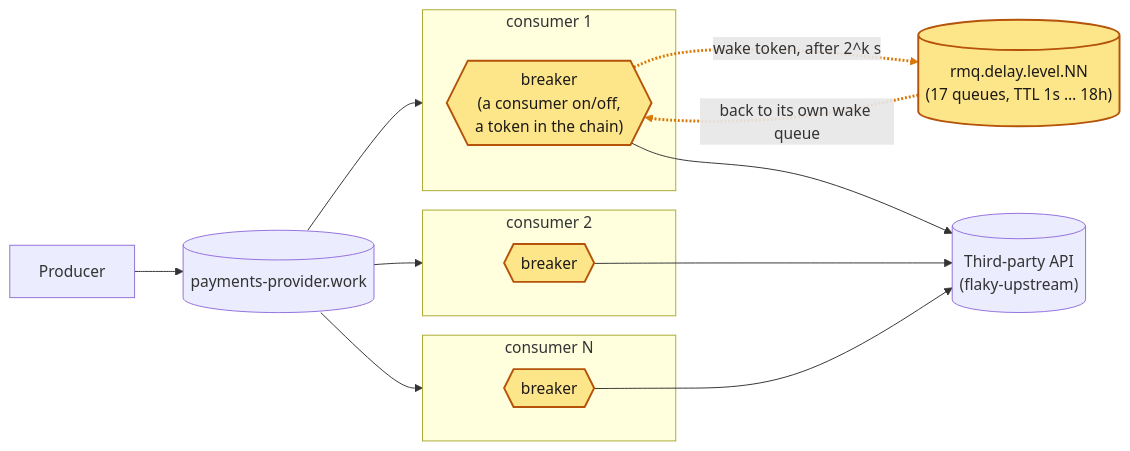
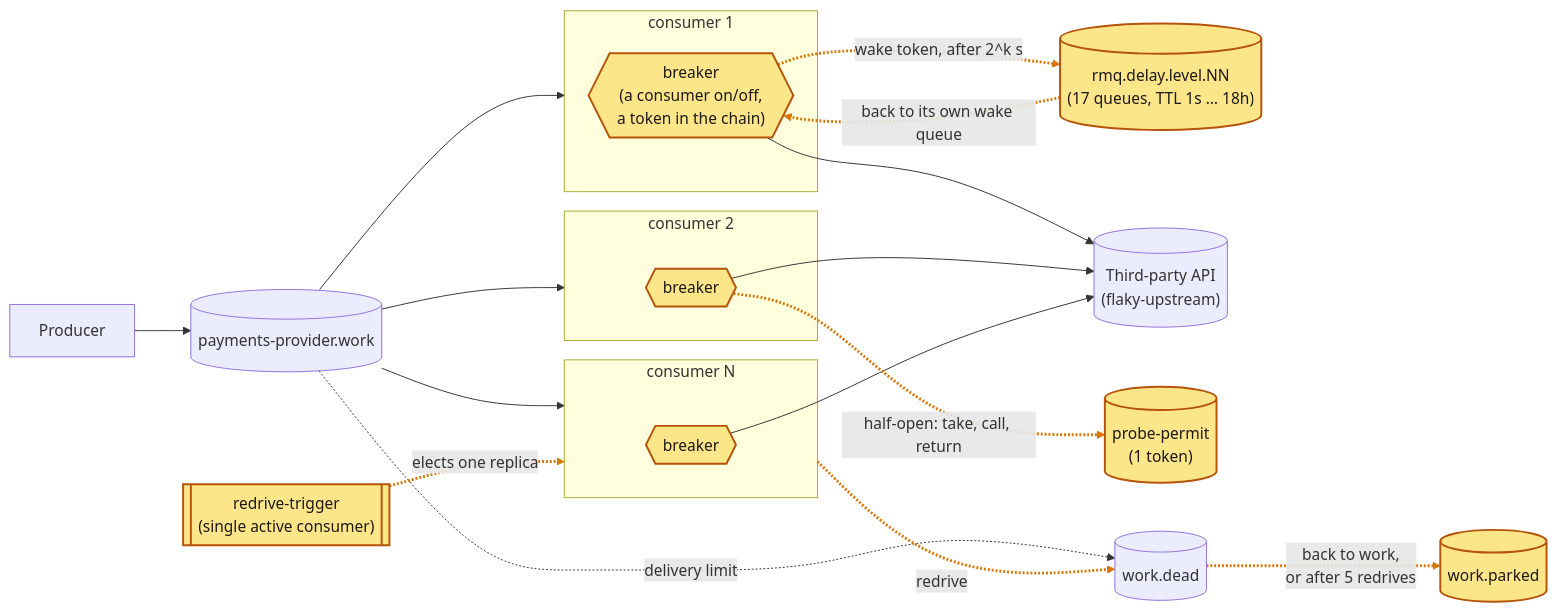
The diagram in README.md (lsfera/circuit-breaker-unboxing), drawn with Mermaid before and after one commit. The commit also changed other lines of this file and 15 other files, not shown here.

````diff
--- a/README.md
+++ b/README.md
@@ -11,24 +16,33 @@
 ```mermaid
 flowchart LR
   producer["Producer"] --> queue[("payments-provider.work")]
   subgraph c1["consumer 1"]
     b1{{"breaker\n(a consumer on/off,\na token in the chain)"}}
   end
   subgraph c2["consumer 2"]
     b2{{"breaker"}}
   end
   subgraph c3["consumer N"]
     b3{{"breaker"}}
   end
   queue --> c1
   queue --> c2
   queue --> c3
   b1 -. "wake token, after 2^k s" .-> chain[("rmq.delay.level.NN\n(17 queues, TTL 1s … 18h)")]
   chain -. "back to its own wake queue" .-> b1
   b1 --> api[("Third-party API\n(flaky-upstream)")]
   b2 --> api
   b3 --> api
+  permit[("probe-permit\n(1 token)")]
+  dead[("work.dead")]
+  parked[("work.parked")]
+  rtrigger[["redrive-trigger\n(single active consumer)"]]
+  b2 -. "half-open: take, call, return" .-> permit
+  queue -. "delivery limit" .-> dead
+  rtrigger -. "elects one replica" .-> c3
+  c3 -. "redrive" .-> dead
+  dead -. "back to work,\nor after 5 redrives" .-> parked
   classDef new fill:#fde68a,stroke:#b45309,stroke-width:2px,color:#1c1917
-  class b1,b2,b3,chain new
-  linkStyle 4,5 stroke:#d97706,stroke-width:3px
+  class b1,b2,b3,chain,permit,parked,rtrigger new
+  linkStyle 4,5,9,11,12,13 stroke:#d97706,stroke-width:3px
 ```
````
